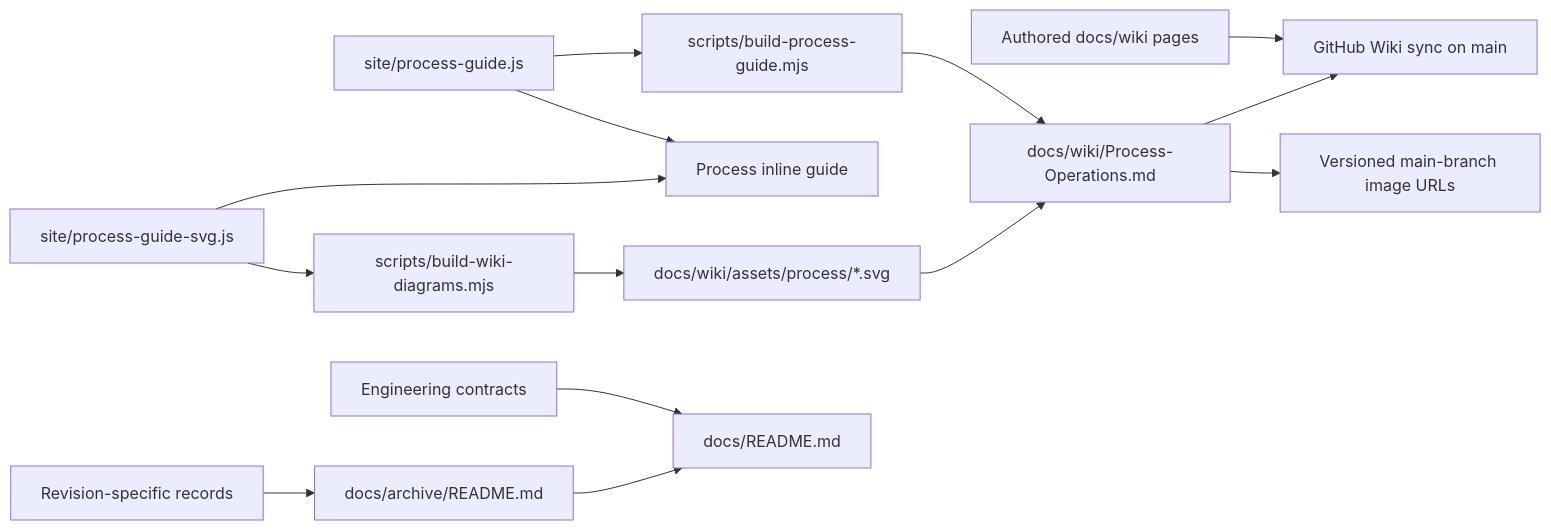
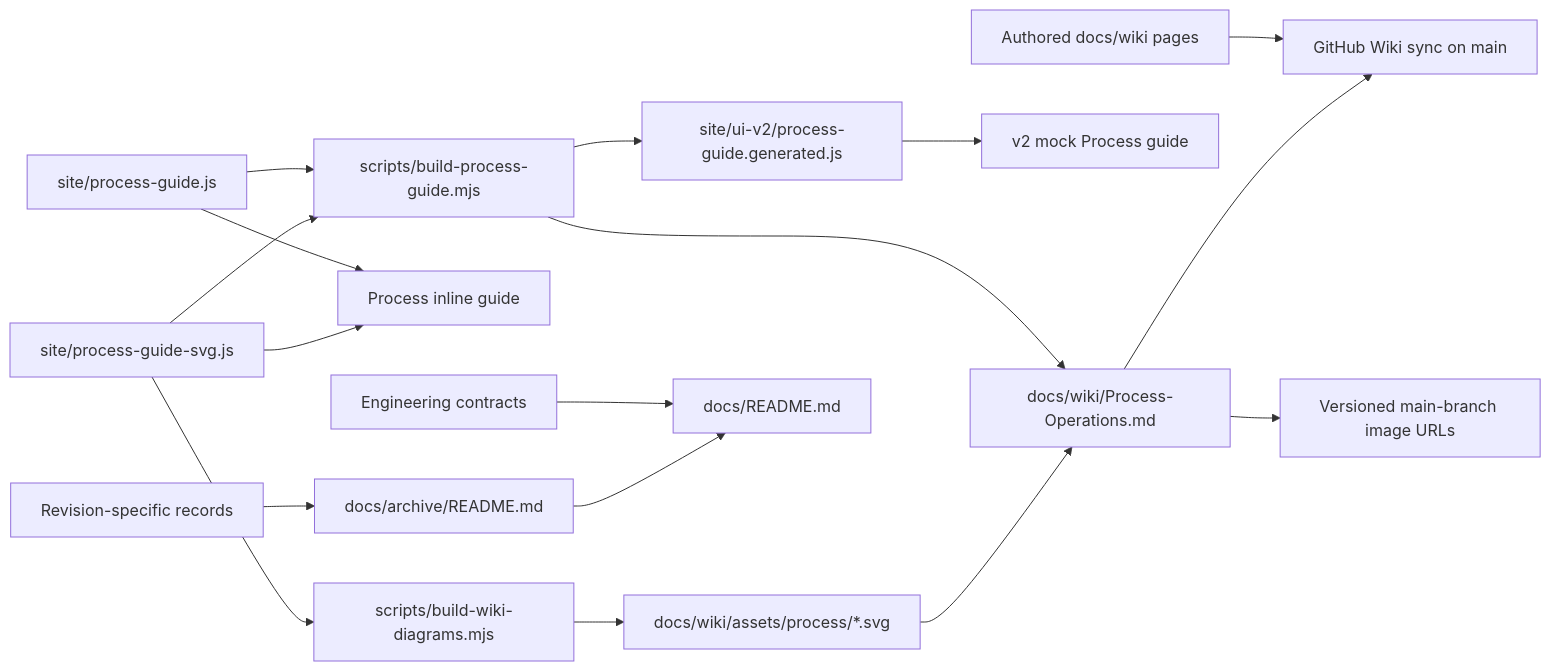
Before and after one commit to Xiaolong-6/WaferCAD: the diagram in docs/DOCUMENTATION.md, drawn with Mermaid. The commit also changed other lines of this file and 4 other files, not shown here.

````diff
--- a/docs/DOCUMENTATION.md
+++ b/docs/DOCUMENTATION.md
@@ -18,16 +18,19 @@
 ```mermaid
 flowchart LR
   Catalog[site/process-guide.js] --> Generator[scripts/build-process-guide.mjs]
   Catalog --> UI[Process inline guide]
   Diagrams[site/process-guide-svg.js] --> UI
   Diagrams --> AssetGenerator[scripts/build-wiki-diagrams.mjs]
   AssetGenerator --> Images["docs/wiki/assets/process/*.svg"]
   Generator --> Operations[docs/wiki/Process-Operations.md]
+  Generator --> Portable[site/ui-v2/process-guide.generated.js]
+  Diagrams --> Generator
+  Portable --> Preview[v2 mock Process guide]
   Images --> Operations
   Authored[Authored docs/wiki pages] --> Wiki[GitHub Wiki sync on main]
   Operations --> Wiki
   Operations --> RawAssets["Versioned main-branch image URLs"]
   Contracts[Engineering contracts] --> Map[docs/README.md]
   Evidence[Revision-specific records] --> Archive[docs/archive/README.md]
   Archive --> Map
 ```
````
